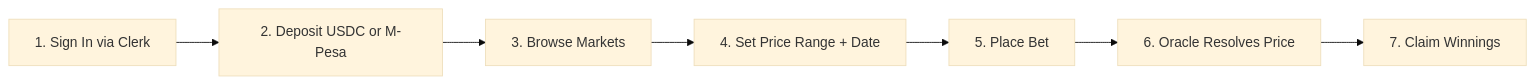
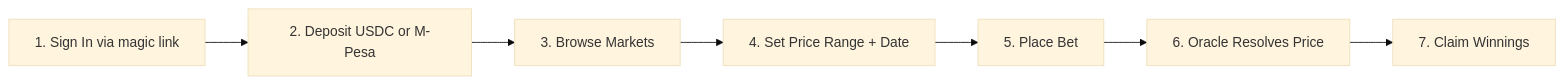
The first of 4 diagrams in README.md (milangtheo336-sudo/predensity), drawn with Mermaid (base theme) before and after one commit. The commit also changed other lines of this file, not shown here.

````diff
--- a/README.md
+++ b/README.md
@@ -78,9 +78,9 @@
 ```mermaid
 graph LR
-    A[1. Sign In via Clerk] --> B[2. Deposit USDC or M-Pesa]
+    A[1. Sign In via magic link] --> B[2. Deposit USDC or M-Pesa]
     B --> C[3. Browse Markets]
     C --> D[4. Set Price Range + Date]
     D --> E[5. Place Bet]
     E --> F[6. Oracle Resolves Price]
     F --> G[7. Claim Winnings]
 ```
````
